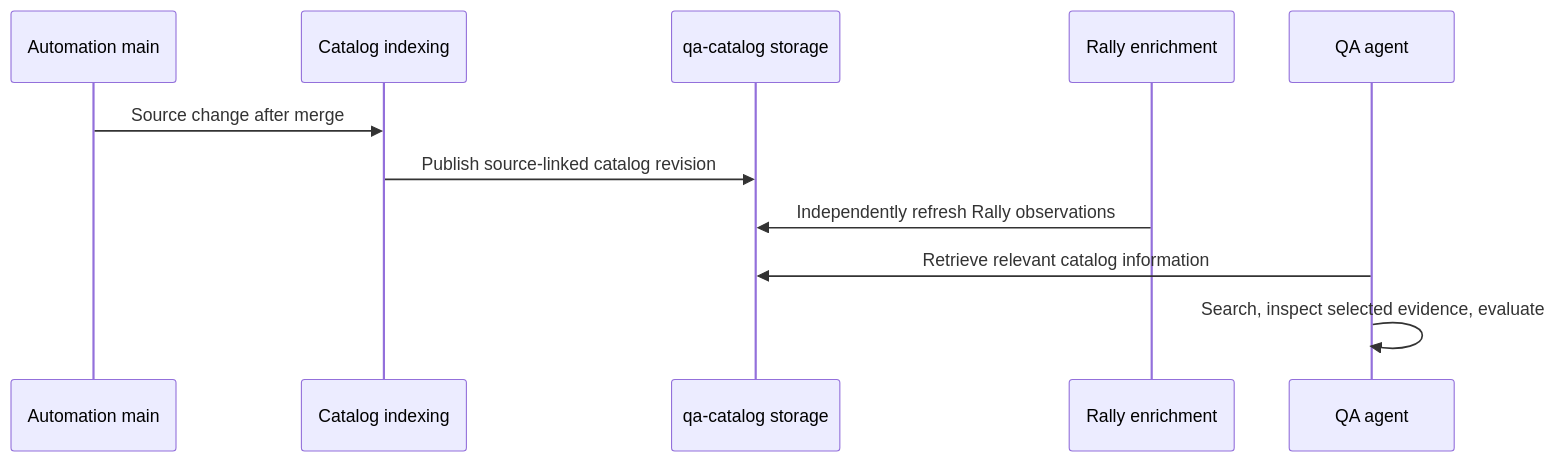
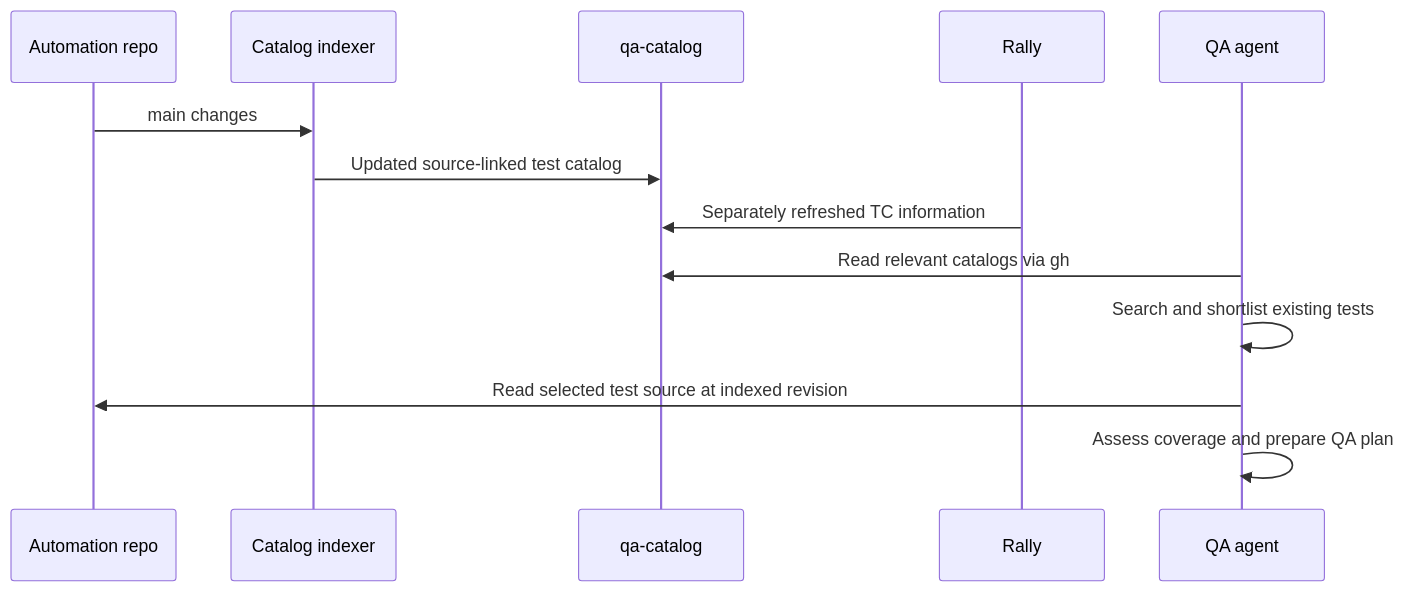
The second of 2 diagrams in docs/03-reference-architecture.md (ghostlives/qa-catalog-indexing-architecture), drawn with Mermaid before and after one commit. The commit also changed other lines of this file and 5 other files, not shown here.

Commit message:
docs: review and simplify solution architecture language

````diff
--- a/docs/03-reference-architecture.md
+++ b/docs/03-reference-architecture.md
@@ -92,13 +91,16 @@
 ```mermaid
 sequenceDiagram
-  participant Main as Automation main
-  participant CI as Catalog indexing
-  participant Store as qa-catalog storage
-  participant Rally as Rally enrichment
-  participant QA as QA agent
-  Main->>CI: Source change after merge
-  CI->>Store: Publish source-linked catalog revision
-  Rally->>Store: Independently refresh Rally observations
-  QA->>Store: Retrieve relevant catalog information
-  QA->>QA: Search, inspect selected evidence, evaluate
+    participant Repo as Automation repo
+    participant Index as Catalog indexer
+    participant Cat as qa-catalog
+    participant Rally as Rally
+    participant Agent as QA agent
+
+    Repo->>Index: main changes
+    Index->>Cat: Updated source-linked test catalog
+    Rally->>Cat: Separately refreshed TC information
+    Agent->>Cat: Read relevant catalogs via gh
+    Agent->>Agent: Search and shortlist existing tests
+    Agent->>Repo: Read selected test source at indexed revision
+    Agent->>Agent: Assess coverage and prepare QA plan
 ```
````
